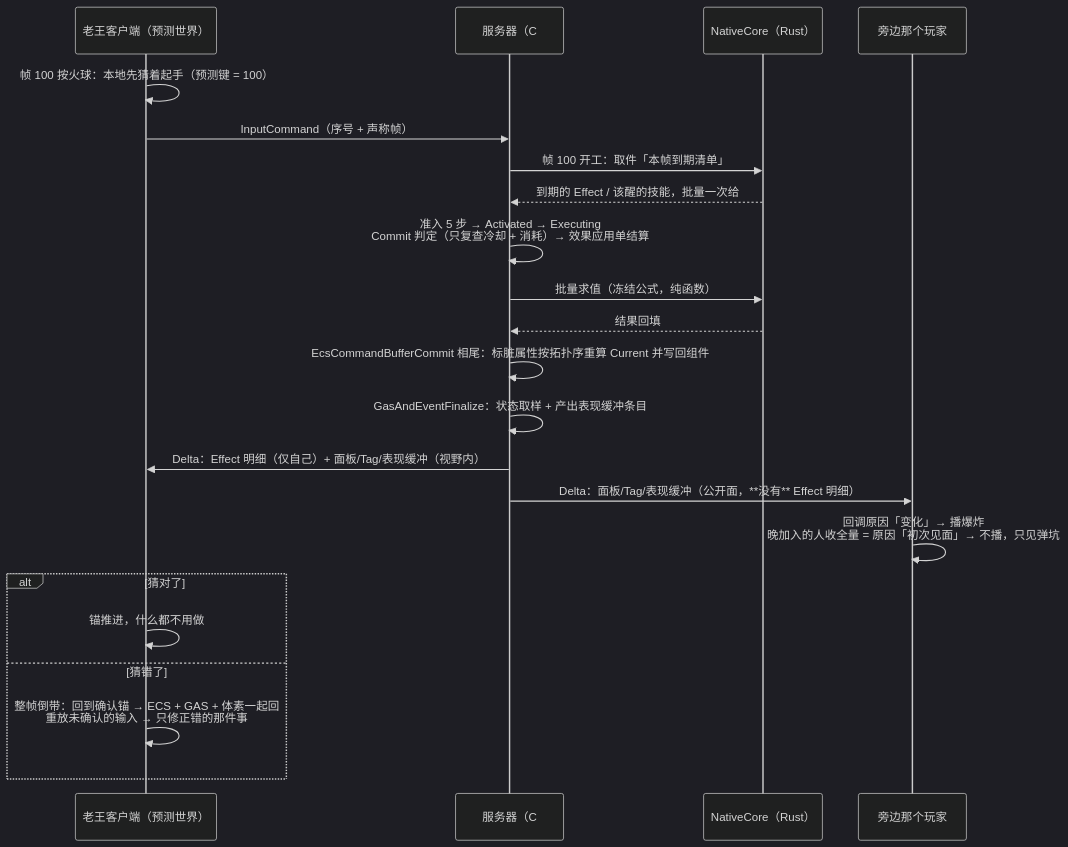
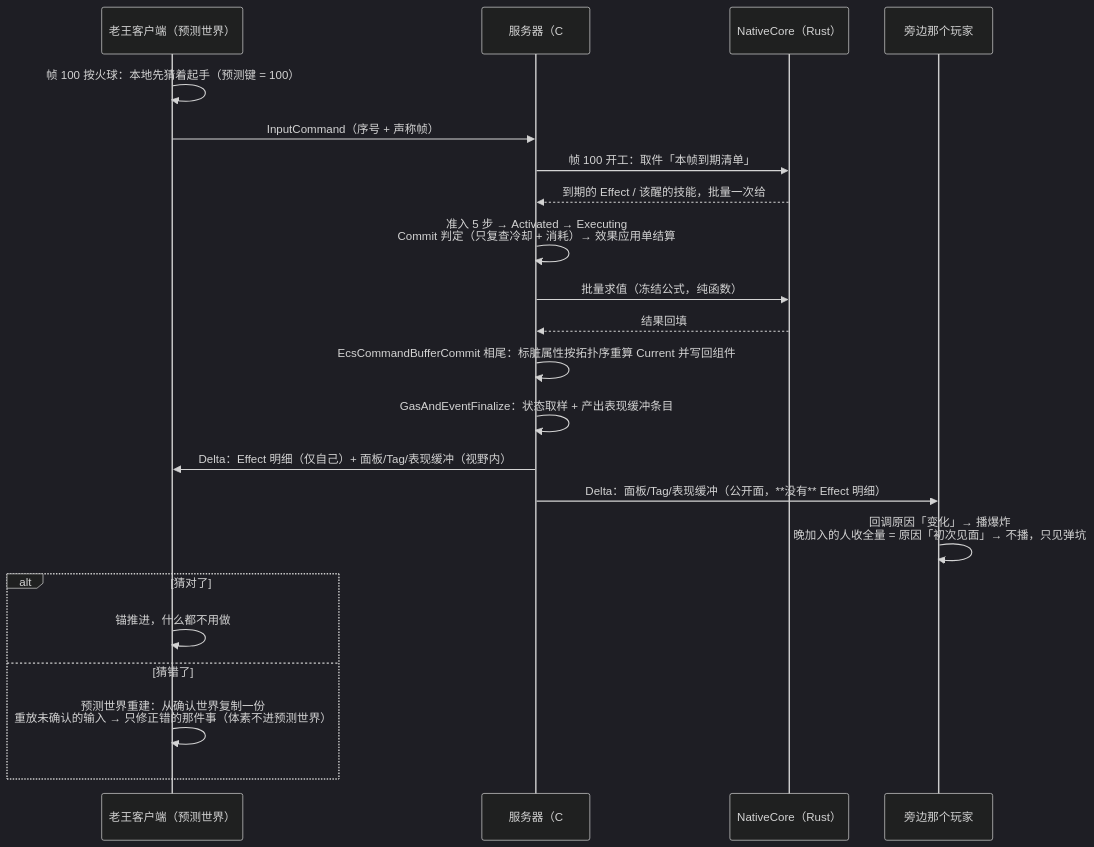
One commit to LumioGames/LumioGameEngine changed the fourth of 4 diagrams in .spec/knowledge/features/gas.md. Above: the diagram before and after it, drawn with Mermaid (dark theme). The commit also changed other lines of this file and 20 other files, not shown here.

````diff
--- a/.spec/knowledge/features/gas.md
+++ b/.spec/knowledge/features/gas.md
@@ -154,24 +156,24 @@
 ```mermaid
 sequenceDiagram
     participant C as 老王客户端（预测世界）
     participant S as 服务器（C# 语义层）
     participant N as NativeCore（Rust）
     participant O as 旁边那个玩家
     C->>C: 帧 100 按火球：本地先猜着起手（预测键 = 100）
     C->>S: InputCommand（序号 + 声称帧）
     S->>N: 帧 100 开工：取件「本帧到期清单」
     N-->>S: 到期的 Effect / 该醒的技能，批量一次给
     S->>S: 准入 5 步 → Activated → Executing<br/>Commit 判定（只复查冷却 + 消耗）→ 效果应用单结算
     S->>N: 批量求值（冻结公式，纯函数）
     N-->>S: 结果回填
     S->>S: EcsCommandBufferCommit 相尾：标脏属性按拓扑序重算 Current 并写回组件
     S->>S: GasAndEventFinalize：状态取样 + 产出表现缓冲条目
     S->>C: Delta：Effect 明细（仅自己）+ 面板/Tag/表现缓冲（视野内）
     S->>O: Delta：面板/Tag/表现缓冲（公开面，**没有** Effect 明细）
     O->>O: 回调原因「变化」→ 播爆炸<br/>晚加入的人收全量 = 原因「初次见面」→ 不播，只见弹坑
     alt 猜对了
         C->>C: 锚推进，什么都不用做
     else 猜错了
-        C->>C: 整帧倒带：回到确认锚 → ECS + GAS + 体素一起回<br/>重放未确认的输入 → 只修正错的那件事
+        C->>C: 预测世界重建：从确认世界复制一份<br/>重放未确认的输入 → 只修正错的那件事（体素不进预测世界）
     end
 ```
````
